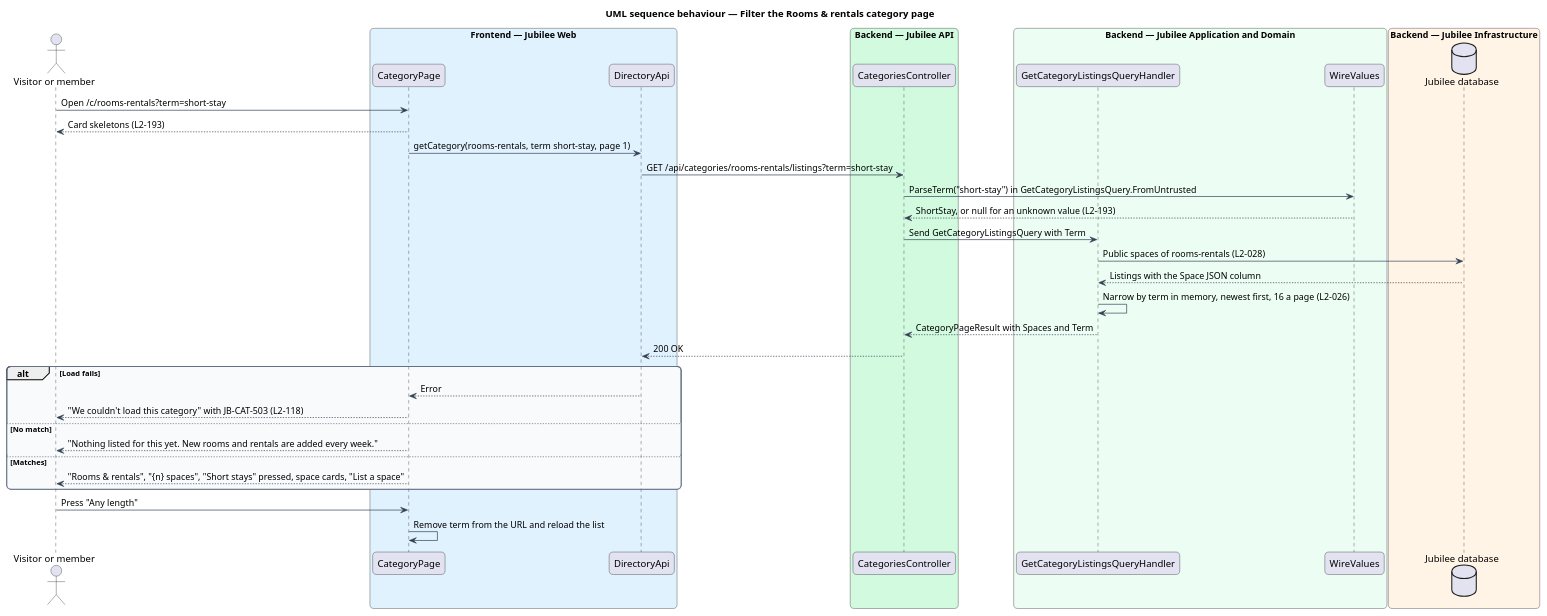
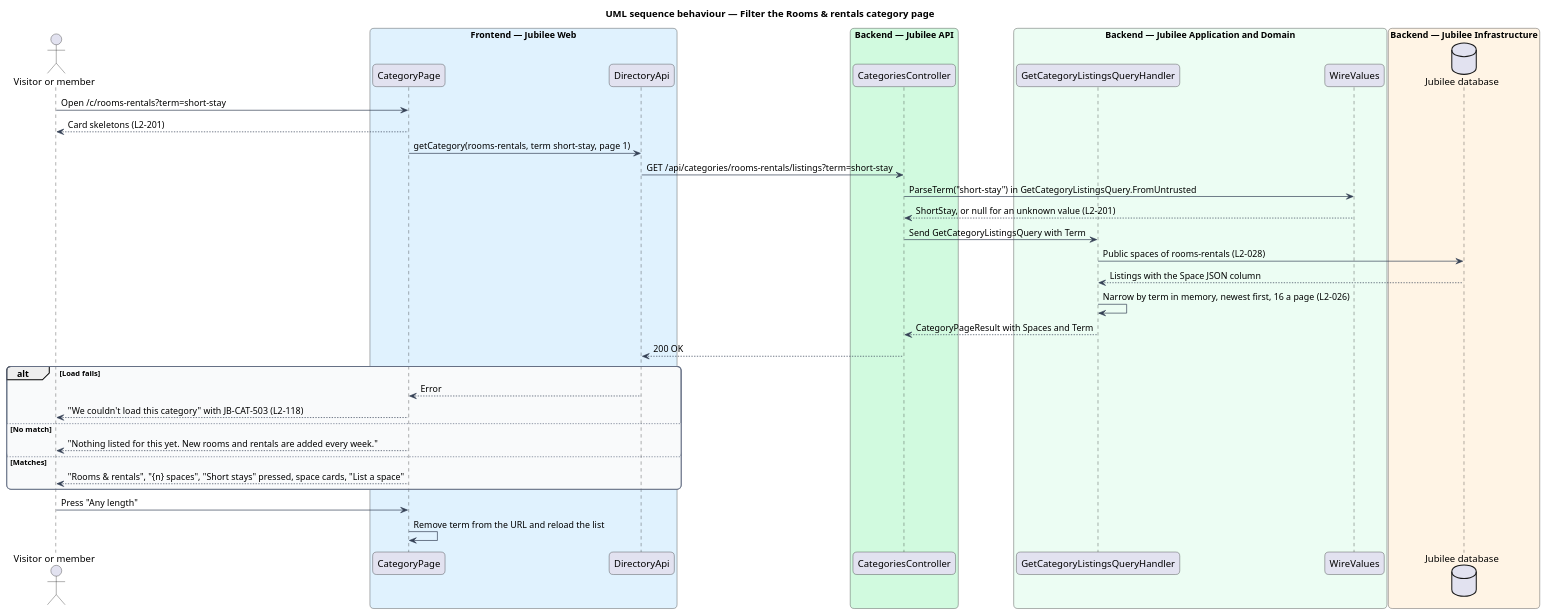
One commit to QuinntyneBrown/jubilee changed the diagram in docs/detailed-designs/directory/browse-spaces/diagrams/sequence-category-term.puml. Above: the diagram before and after it, drawn with PlantUML. The commit also changed 176 other files, not shown here.

```diff
--- a/docs/detailed-designs/directory/browse-spaces/diagrams/sequence-category-term.puml
+++ b/docs/detailed-designs/directory/browse-spaces/diagrams/sequence-category-term.puml
@@ -1,54 +1,54 @@
 @startuml
 title UML sequence behaviour — Filter the Rooms & rentals category page
 skinparam backgroundColor #FFFFFF
 skinparam shadowing false
 skinparam roundcorner 12
 skinparam defaultFontName Arial
 skinparam ArrowColor #344054
 skinparam rectangle {
   BorderColor #344054
   FontColor #101828
 }
 skinparam package {
   BorderColor #667085
   FontColor #101828
   BackgroundColor #F9FAFB
 }
 actor "Visitor or member" as actor
 box "Frontend — Jubilee Web" #E0F2FE
   participant "CategoryPage" as page
   participant "DirectoryApi" as client
 end box
 box "Backend — Jubilee API" #D1FADF
   participant "CategoriesController" as controller
 end box
 box "Backend — Jubilee Application and Domain" #ECFDF3
   participant "GetCategoryListingsQueryHandler" as handler
   participant "WireValues" as terms
 end box
 box "Backend — Jubilee Infrastructure" #FFF4E5
   database "Jubilee database" as db
 end box
 actor -> page : Open /c/rooms-rentals?term=short-stay
-page --> actor : Card skeletons (L2-193)
+page --> actor : Card skeletons (L2-201)
 page -> client : getCategory(rooms-rentals, term short-stay, page 1)
 client -> controller : GET /api/categories/rooms-rentals/listings?term=short-stay
 controller -> terms : ParseTerm("short-stay") in GetCategoryListingsQuery.FromUntrusted
-terms --> controller : ShortStay, or null for an unknown value (L2-193)
+terms --> controller : ShortStay, or null for an unknown value (L2-201)
 controller -> handler : Send GetCategoryListingsQuery with Term
 handler -> db : Public spaces of rooms-rentals (L2-028)
 db --> handler : Listings with the Space JSON column
 handler -> handler : Narrow by term in memory, newest first, 16 a page (L2-026)
 handler --> controller : CategoryPageResult with Spaces and Term
 controller --> client : 200 OK
 alt Load fails
   client --> page : Error
   page --> actor : "We couldn't load this category" with JB-CAT-503 (L2-118)
 else No match
   page --> actor : "Nothing listed for this yet. New rooms and rentals are added every week."
 else Matches
   page --> actor : "Rooms & rentals", "{n} spaces", "Short stays" pressed, space cards, "List a space"
 end
 actor -> page : Press "Any length"
 page -> page : Remove term from the URL and reload the list
 @enduml
```
